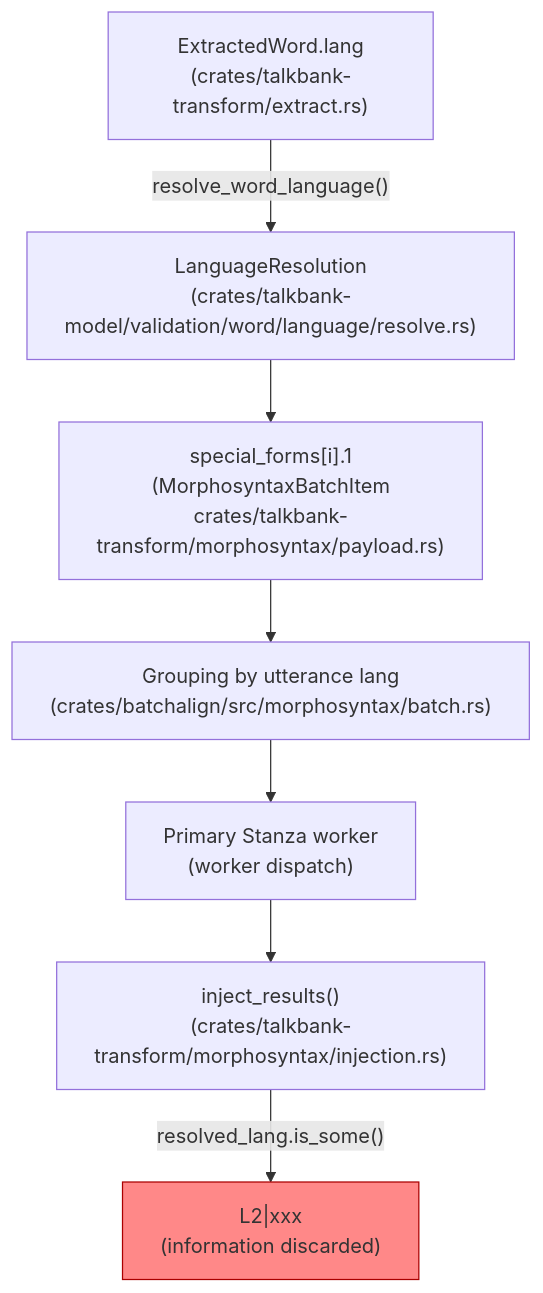
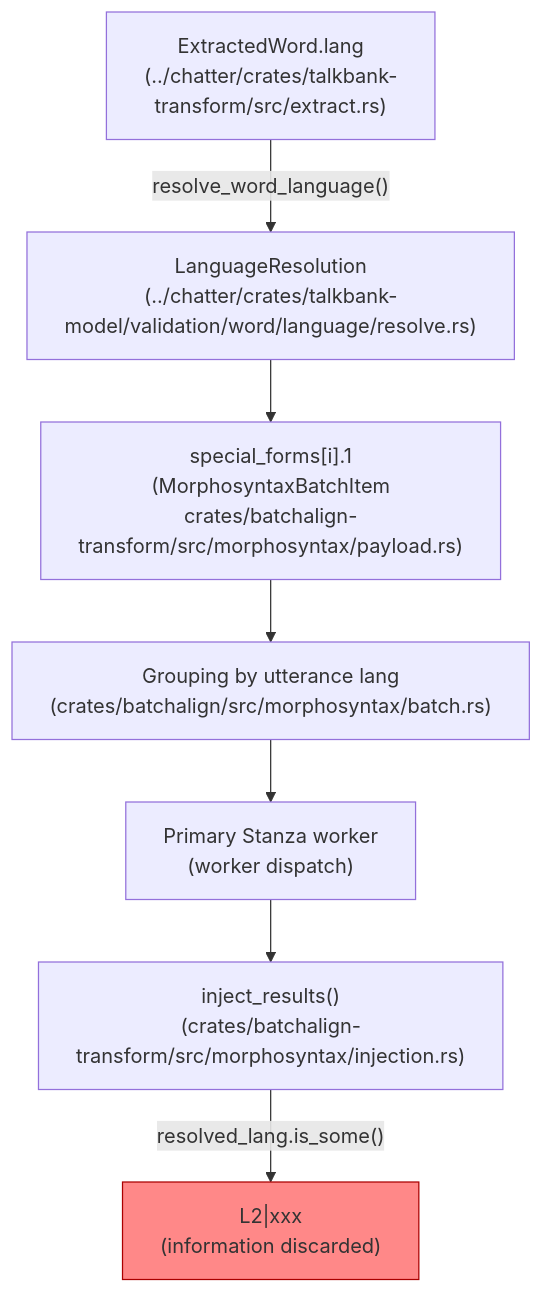
One commit to TalkBank/talkbank-tools changed the second of 4 diagrams in book/src/batchalign/reference/l2-morphotag.md. Above: the diagram before and after it, drawn with Mermaid. The commit also changed other lines of this file and 66 other files, not shown here.

First line of the commit message:
docs(batchalign): repoint moved-crate paths after the chatter split

````diff
--- a/book/src/batchalign/reference/l2-morphotag.md
+++ b/book/src/batchalign/reference/l2-morphotag.md
@@ -218,11 +218,11 @@
 ```mermaid
 flowchart TD
-    A["ExtractedWord.lang\n(crates/talkbank-transform/extract.rs)"] -->|"resolve_word_language()"| B["LanguageResolution\n(crates/talkbank-model/validation/word/language/resolve.rs)"]
-    B --> C["special_forms[i].1\n(MorphosyntaxBatchItem\ncrates/talkbank-transform/morphosyntax/payload.rs)"]
+    A["ExtractedWord.lang\n(../chatter/crates/talkbank-transform/src/extract.rs)"] -->|"resolve_word_language()"| B["LanguageResolution\n(../chatter/crates/talkbank-model/validation/word/language/resolve.rs)"]
+    B --> C["special_forms[i].1\n(MorphosyntaxBatchItem\ncrates/batchalign-transform/src/morphosyntax/payload.rs)"]
     C --> D["Grouping by utterance lang\n(crates/batchalign/src/morphosyntax/batch.rs)"]
     D --> E["Primary Stanza worker\n(worker dispatch)"]
-    E --> F["inject_results()\n(crates/talkbank-transform/morphosyntax/injection.rs)"]
+    E --> F["inject_results()\n(crates/batchalign-transform/src/morphosyntax/injection.rs)"]
     F -->|"resolved_lang.is_some()"| G["L2|xxx\n(information discarded)"]
 
     style G fill:#f88,stroke:#a00
 ```
````
